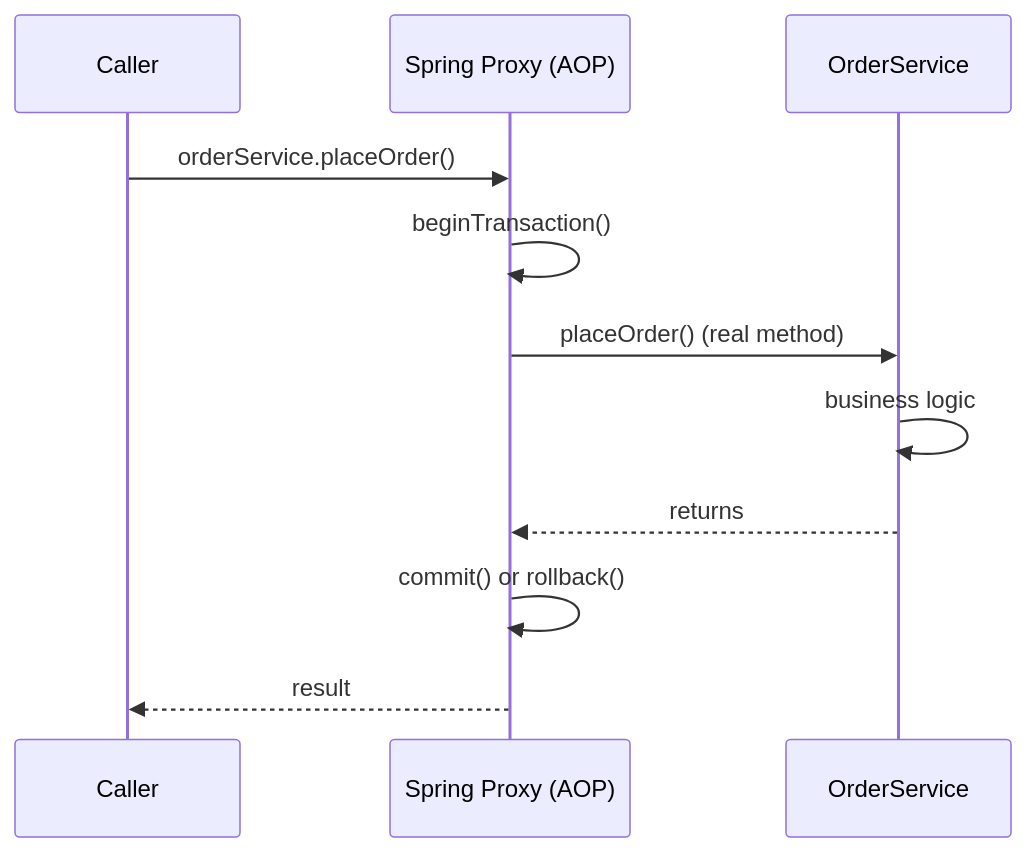
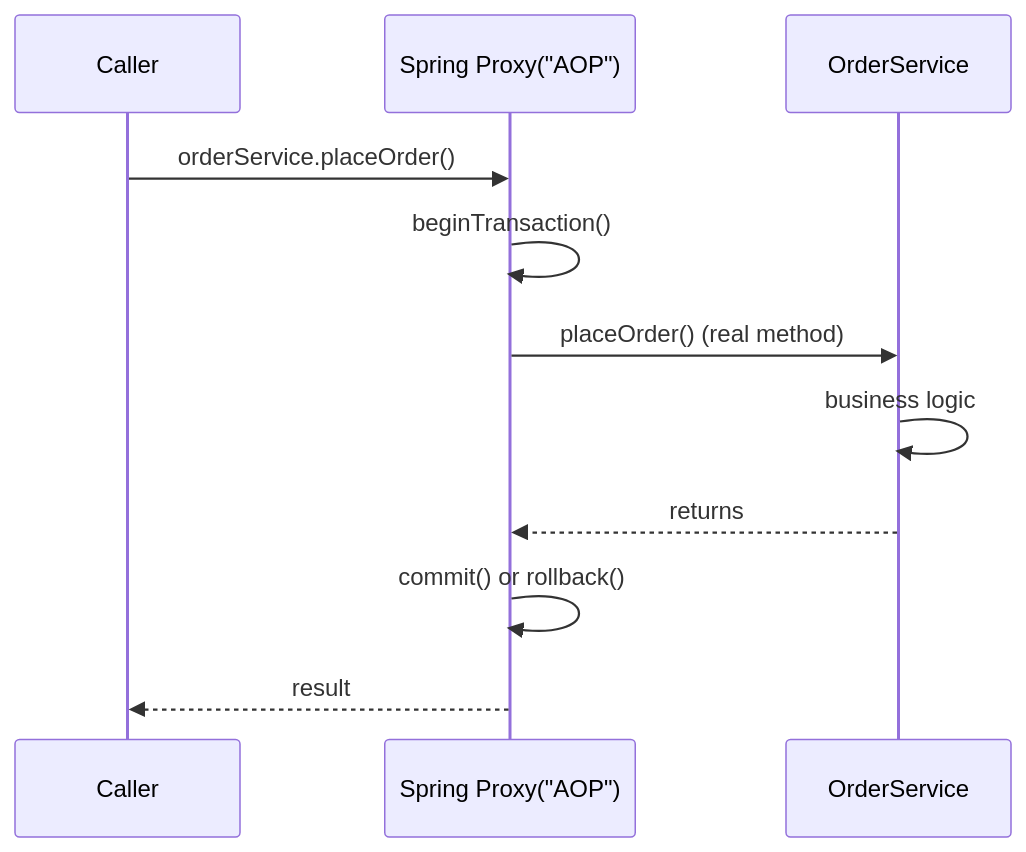
Before and after one commit to pploc/swe-icon-the-moment: the diagram in content/questions/language/java/spring-transactions.md, drawn with Mermaid. The commit also changed 138 other files, not shown here.

````diff
--- a/content/questions/language/java/spring-transactions.md
+++ b/content/questions/language/java/spring-transactions.md
@@ -18,13 +18,14 @@
 ```mermaid
 sequenceDiagram
     participant C as Caller
-    participant P as Spring Proxy (AOP)
+    participant P as Spring Proxy("AOP")
     participant S as OrderService
     C->>P: orderService.placeOrder()
     P->>P: beginTransaction()
     P->>S: placeOrder() (real method)
     S->>S: business logic
     S-->>P: returns
     P->>P: commit() or rollback()
     P-->>C: result
+
 ```
````
